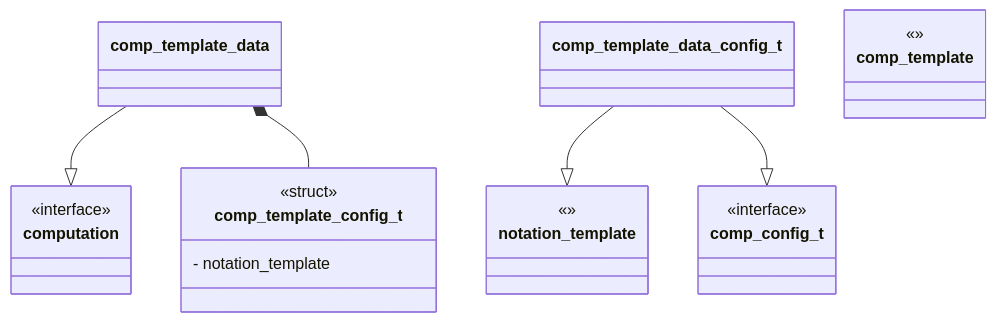
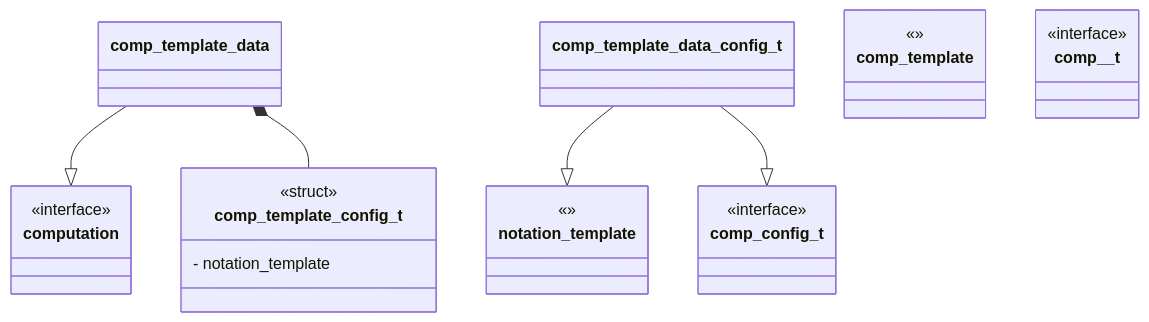
The diagram in misc/template_modules/comp-template/unit-description.md (Uiowa-Applied-Topology/tanglenomicon_core_libraries), drawn with Mermaid before and after one commit. The commit also changed other lines of this file and 4 other files, not shown here.

````diff
--- a/misc/template_modules/comp-template/unit-description.md
+++ b/misc/template_modules/comp-template/unit-description.md
@@ -15,32 +15,37 @@
 ```mermaid
 classDiagram
     comp_template_data --|> computation
     comp_template_data_config_t --|> notation_template
     comp_template_data_config_t --|> comp_config_t
     comp_template_data *-- comp_template_config_t
 
     class computation {
         <<interface>>
     }
 
     class comp_template {
 <<>>
 }
 
 class notation_template{
 <<>>
 }
 
 class comp_template_config_t {
 <<struct>>
 - notation_template
 
 }
 
 class comp_config_t {
 <<interface>>
 
 }
 
+class comp__t {
+<<interface>>
+
+}
+
 
 ```
````
